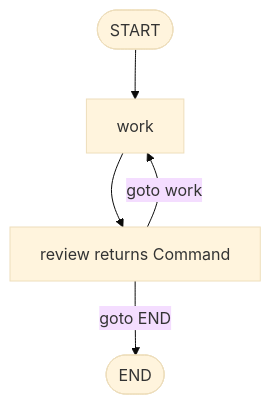
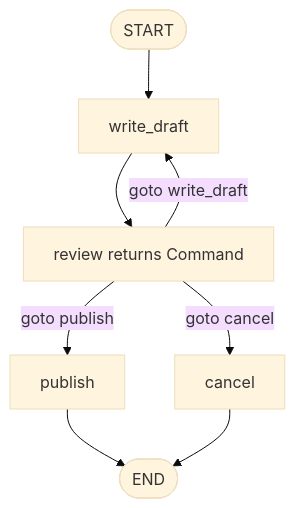
The first of 2 diagrams in docs/agent-patterns/patterns/08-command-routing.md (heecheon92/langgraph-playground), drawn with Mermaid (base theme) before and after one commit. The commit also changed other lines of this file and 24 other files, not shown here.

````diff
--- a/docs/agent-patterns/patterns/08-command-routing.md
+++ b/docs/agent-patterns/patterns/08-command-routing.md
@@ -36,7 +27,10 @@
 ```mermaid
 flowchart TD
-    Start([START]) --> Work[work]
-    Work --> Review[review returns Command]
-    Review -->|goto work| Work
-    Review -->|goto END| End([END])
+    Start([START]) --> Draft[write_draft]
+    Draft --> Review[review returns Command]
+    Review -->|goto write_draft| Draft
+    Review -->|goto publish| Publish[publish]
+    Review -->|goto cancel| Cancel[cancel]
+    Publish --> End([END])
+    Cancel --> End
 ```
````
